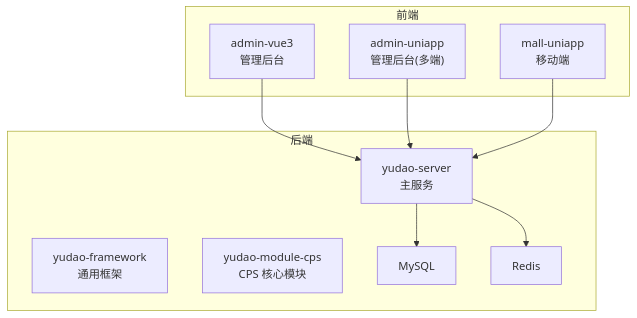
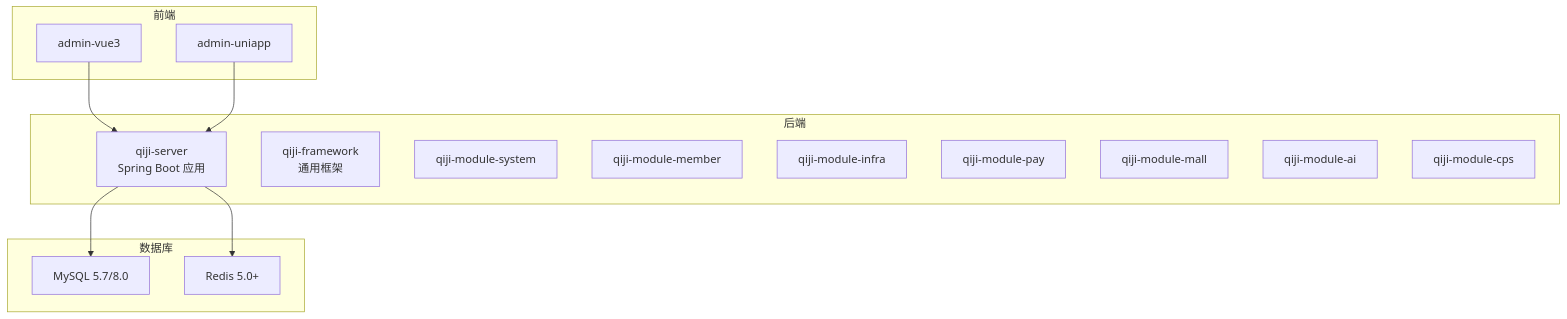
One commit to zhuangpengLI/AgenticCPS changed the first of 3 diagrams in .qoder/repowiki/zh/content/快速开始.md. Above: the diagram before and after it, drawn with Mermaid. The commit also changed other lines of this file and 355 other files, not shown here.

````diff
--- a/.qoder/repowiki/zh/content/快速开始.md
+++ b/.qoder/repowiki/zh/content/快速开始.md
@@ -40,20 +43,26 @@
 ```mermaid
 graph TB
 subgraph "后端"
-S["yudao-server<br/>主服务"]
-F["yudao-framework<br/>通用框架"]
-M["yudao-module-cps<br/>CPS 核心模块"]
-DB["MySQL"]
-R["Redis"]
+S["qiji-server<br/>Spring Boot 应用"]
+F["qiji-framework<br/>通用框架"]
+M1["qiji-module-system"]
+M2["qiji-module-member"]
+M3["qiji-module-infra"]
+M4["qiji-module-pay"]
+M5["qiji-module-mall"]
+M6["qiji-module-ai"]
+M7["qiji-module-cps"]
+end
+subgraph "数据库"
+DB["MySQL 5.7/8.0"]
+R["Redis 5.0+"]
 end
 subgraph "前端"
-A1["admin-vue3<br/>管理后台"]
-A2["admin-uniapp<br/>管理后台(多端)"]
-M2["mall-uniapp<br/>移动端"]
+V["admin-vue3"]
+U["admin-uniapp"]
 end
 S --> DB
 S --> R
-A1 --> S
-A2 --> S
-M2 --> S
+V --> S
+U --> S
 ```
````
